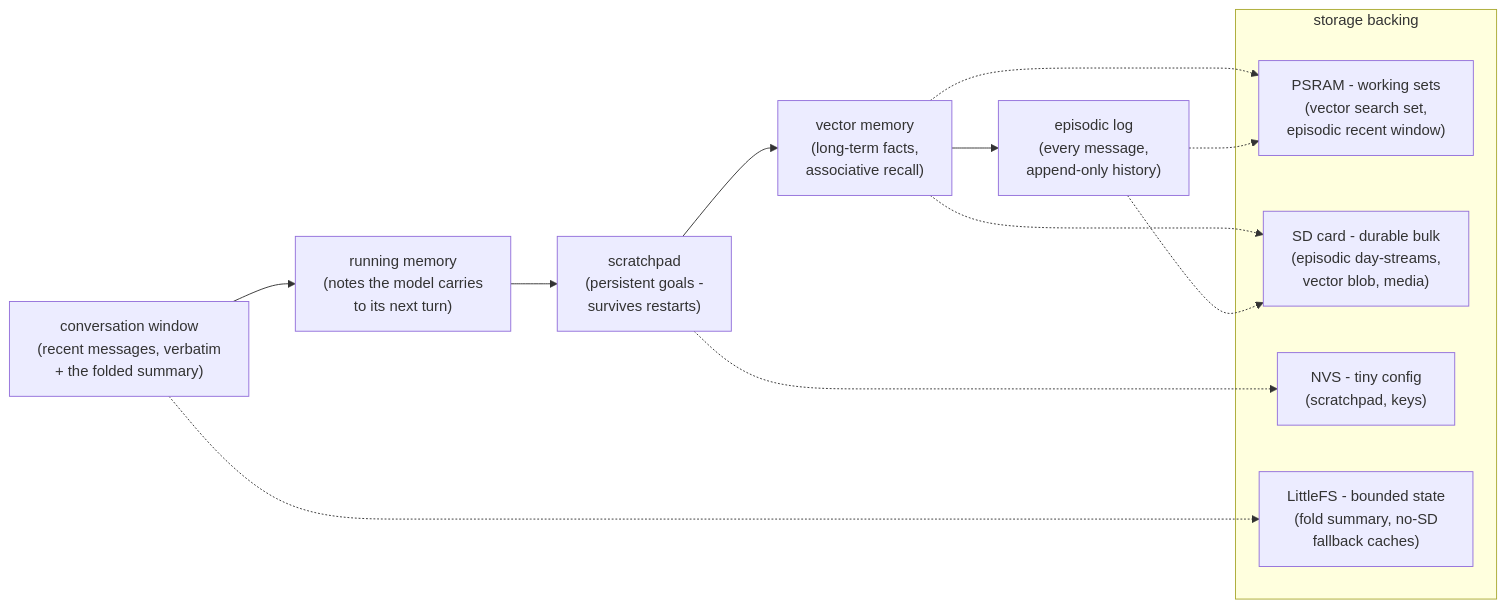
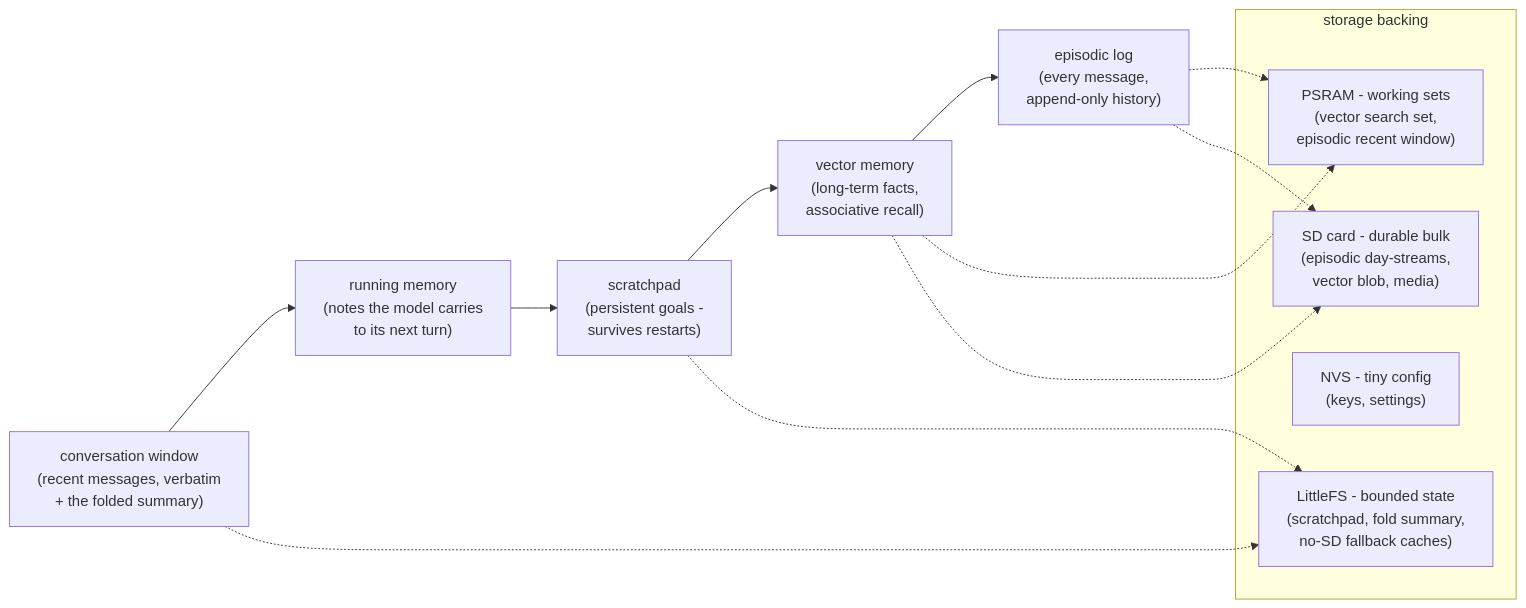
The first of 2 diagrams in docs/memory.md (ristllin/Nimbus), drawn with Mermaid before and after one commit. The commit also changed 8 other files, not shown here.

````diff
--- a/docs/memory.md
+++ b/docs/memory.md
@@ -19,21 +19,21 @@
 ```mermaid
 flowchart LR
   CW["conversation window<br/>(recent messages, verbatim<br/>+ the folded summary)"]
   RM["running memory<br/>(notes the model carries<br/>to its next turn)"]
   SP["scratchpad<br/>(persistent goals -<br/>survives restarts)"]
   VM["vector memory<br/>(long-term facts,<br/>associative recall)"]
   EP["episodic log<br/>(every message,<br/>append-only history)"]
   CW --> RM --> SP --> VM --> EP
   subgraph BACK["storage backing"]
     PS["PSRAM - working sets<br/>(vector search set,<br/>episodic recent window)"]
     SD["SD card - durable bulk<br/>(episodic day-streams,<br/>vector blob, media)"]
-    NVS["NVS - tiny config<br/>(scratchpad, keys)"]
-    LFS["LittleFS - bounded state<br/>(fold summary, no-SD<br/>fallback caches)"]
+    NVS["NVS - tiny config<br/>(keys, settings)"]
+    LFS["LittleFS - bounded state<br/>(scratchpad, fold summary,<br/>no-SD fallback caches)"]
   end
   CW -.-> LFS
-  SP -.-> NVS
+  SP -.-> LFS
   VM -.-> PS
   VM -.-> SD
   EP -.-> PS
   EP -.-> SD
 ```
````
